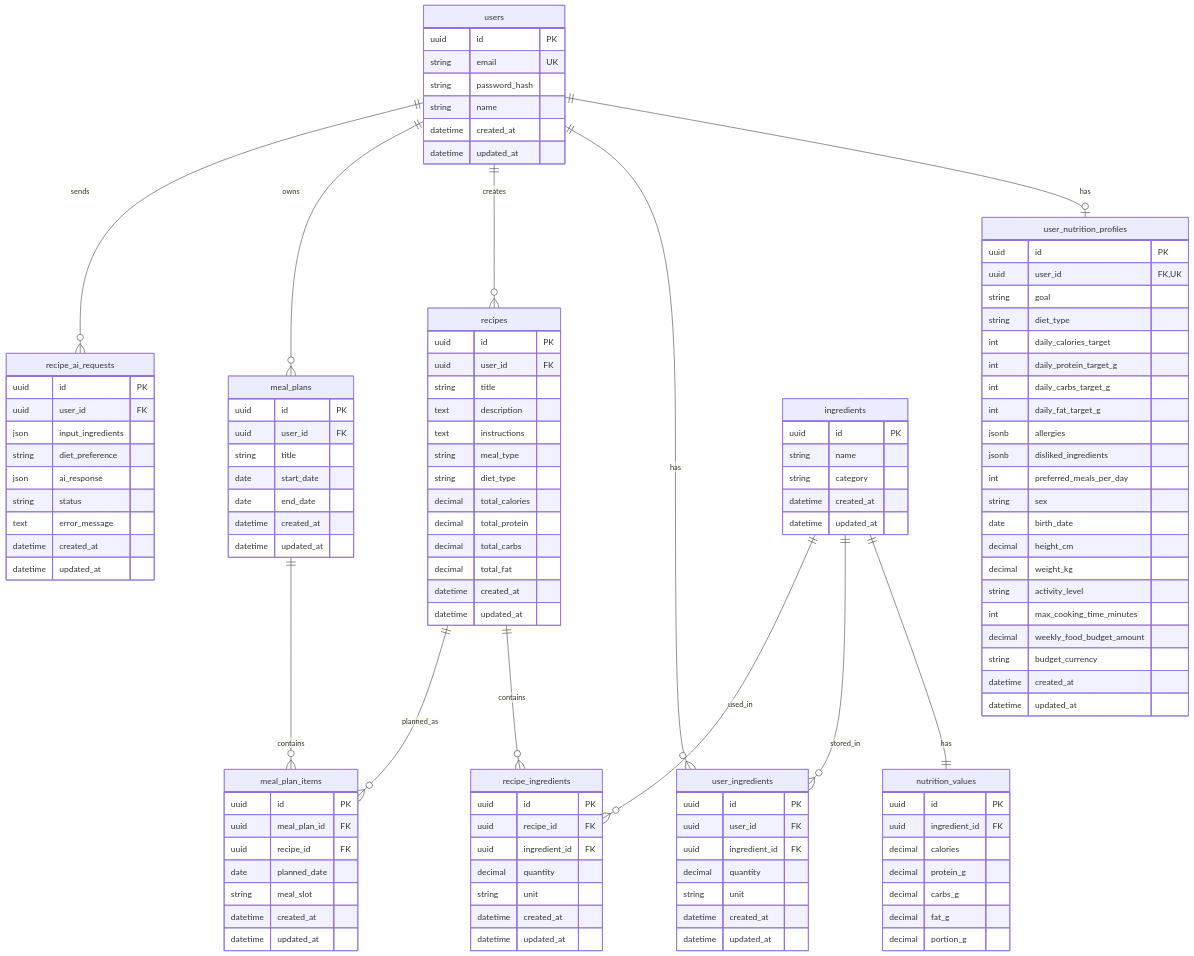
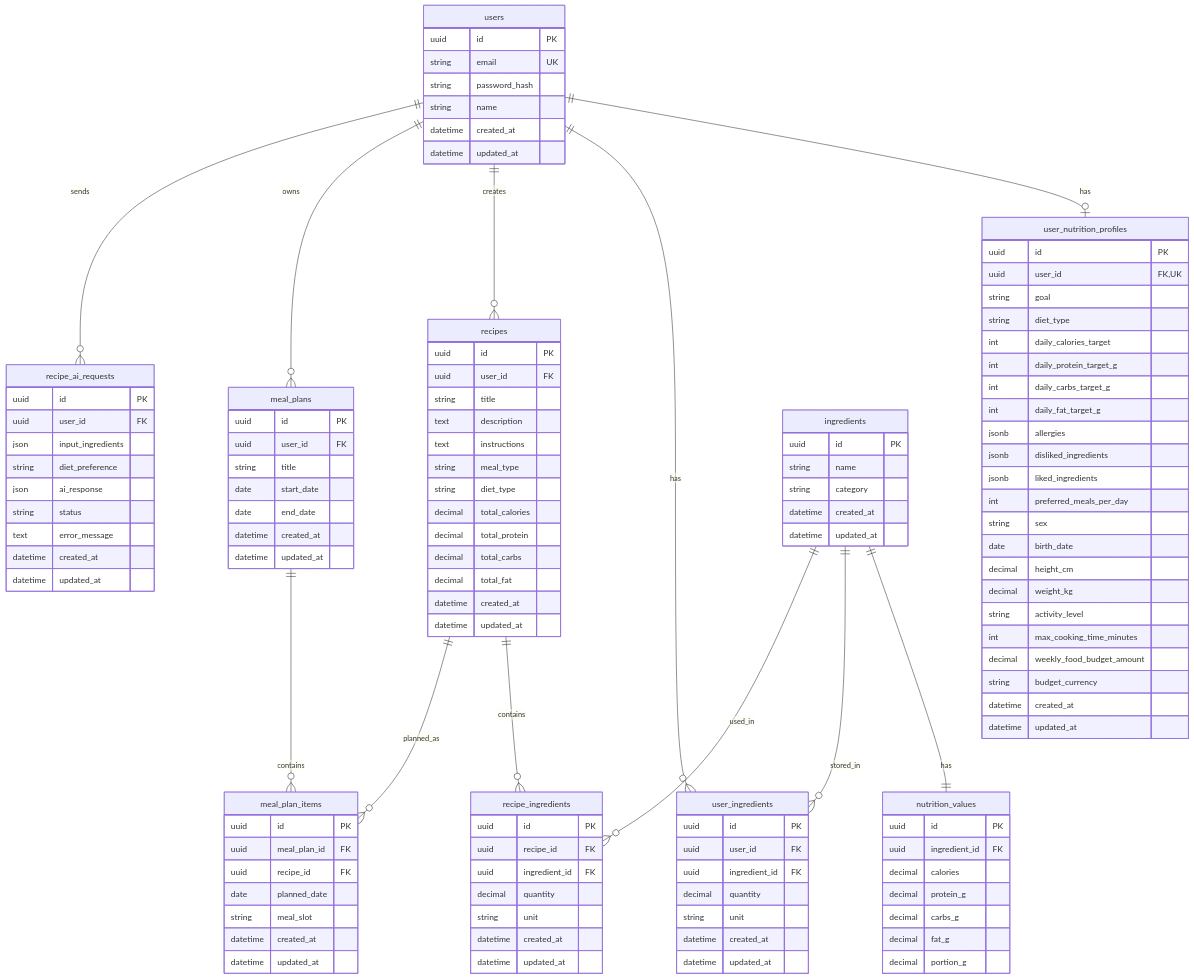
Before and after one commit to Pavel404-dev/Mealio: the diagram in docs/database/erd.md, drawn with Mermaid. The commit also changed other lines of this file and 32 other files, not shown here.

```diff
--- a/docs/database/erd.md
+++ b/docs/database/erd.md
@@ -64,6 +64,7 @@
         int daily_fat_target_g
         jsonb allergies
         jsonb disliked_ingredients
+        jsonb liked_ingredients
         int preferred_meals_per_day
         string sex
         date birth_date
```
